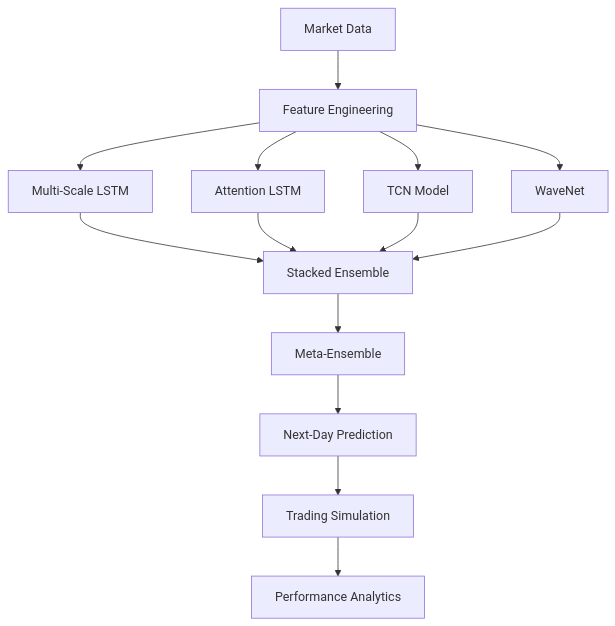
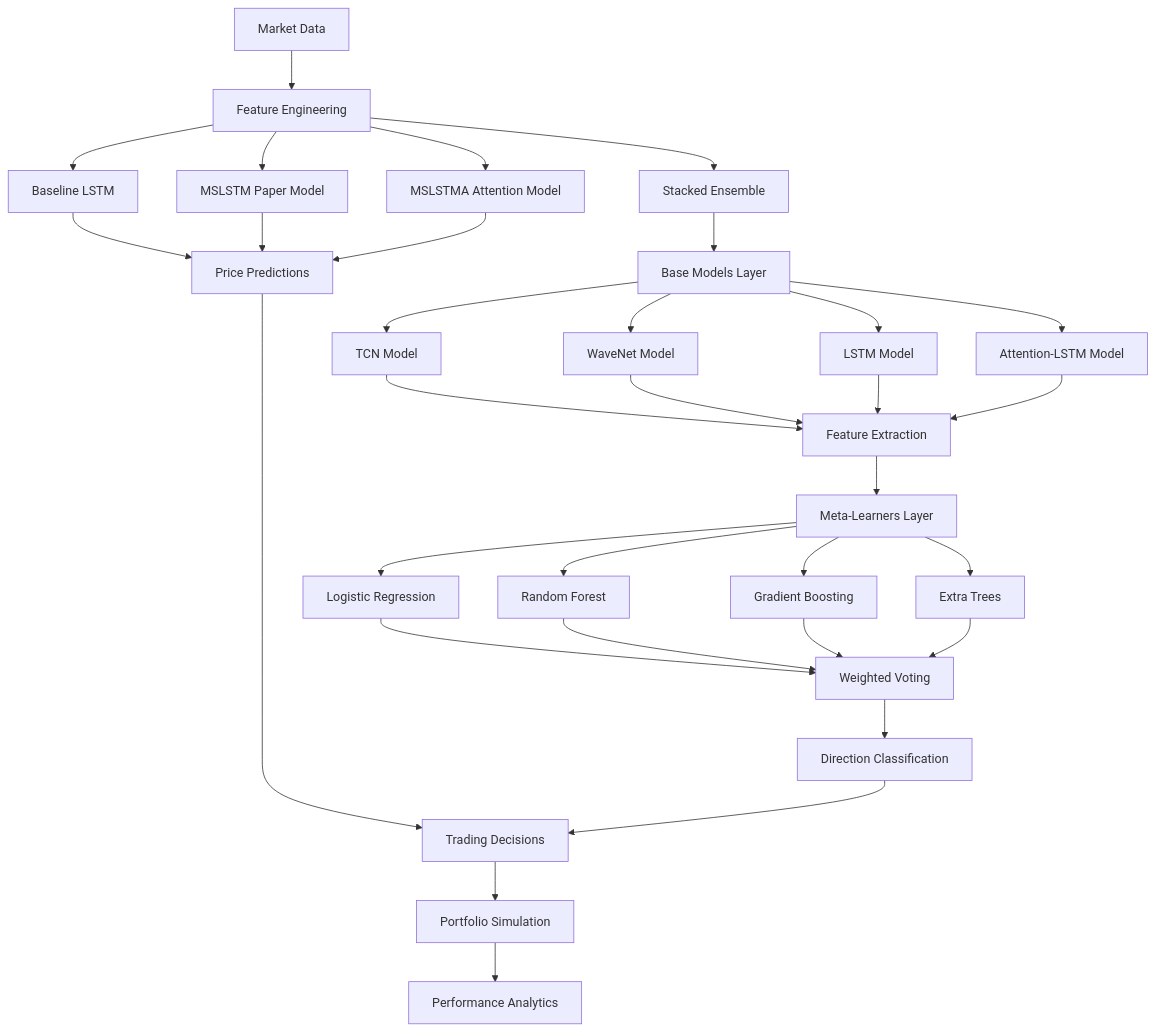
The diagram in README.md (prateek2131/stock_price_prediction), drawn with Mermaid before and after one commit. The commit also changed other lines of this file, not shown here.

First line of the commit message:
Update README: Fix ensemble architecture description

````diff
--- a/README.md
+++ b/README.md
@@ -44,18 +44,41 @@
 ```mermaid
 graph TB
     A[Market Data] --> B[Feature Engineering]
-    B --> C[Multi-Scale LSTM]
-    B --> D[Attention LSTM] 
-    B --> E[TCN Model]
-    B --> F[WaveNet]
     
-    C --> G[Stacked Ensemble]
-    D --> G
-    E --> G 
-    F --> G
+    B --> C[Baseline LSTM]
+    B --> D[MSLSTM Paper Model]
+    B --> E[MSLSTMA Attention Model]
+    B --> F[Stacked Ensemble]
     
-    G --> H[Meta-Ensemble]
-    H --> I[Next-Day Prediction]
-    I --> J[Trading Simulation]
-    J --> K[Performance Analytics]
+    F --> G[Base Models Layer]
+    G --> G1[TCN Model]
+    G --> G2[WaveNet Model] 
+    G --> G3[LSTM Model]
+    G --> G4[Attention-LSTM Model]
+    
+    G1 --> H[Feature Extraction]
+    G2 --> H
+    G3 --> H
+    G4 --> H
+    
+    H --> I[Meta-Learners Layer]
+    I --> I1[Logistic Regression]
+    I --> I2[Random Forest]
+    I --> I3[Gradient Boosting]
+    I --> I4[Extra Trees]
+    
+    I1 --> J[Weighted Voting]
+    I2 --> J
+    I3 --> J
+    I4 --> J
+    
+    C --> K[Price Predictions]
+    D --> K
+    E --> K
+    J --> L[Direction Classification]
+    
+    K --> M[Trading Decisions]
+    L --> M
+    M --> N[Portfolio Simulation]
+    N --> O[Performance Analytics]
 ```
````
